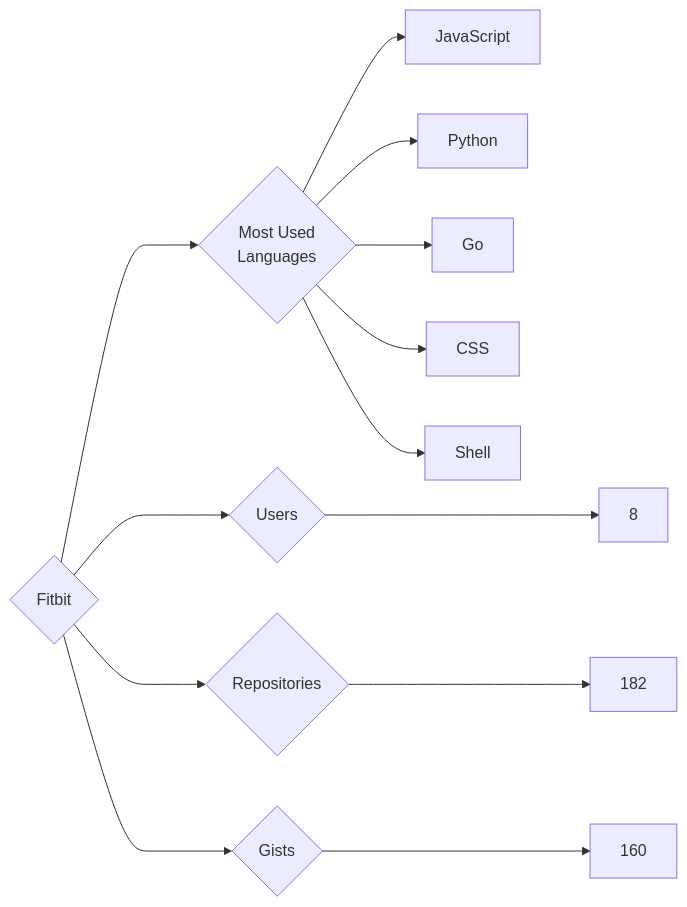
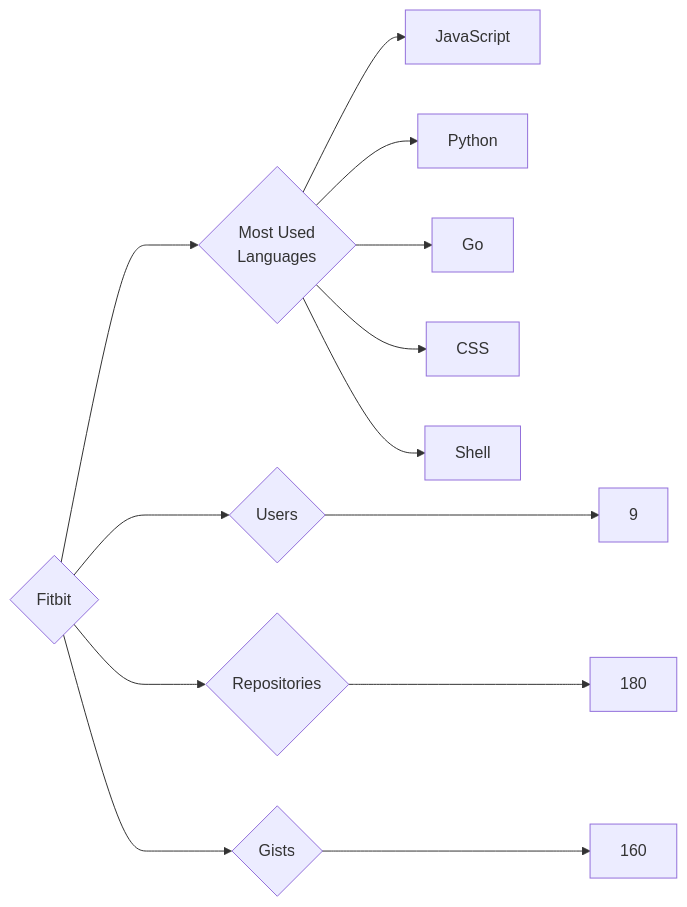
The diagram in targets/Fitbit/README.md (trickest/insiders), drawn with Mermaid before and after one commit. The commit also changed 916 other files, not shown here.

````diff
--- a/targets/Fitbit/README.md
+++ b/targets/Fitbit/README.md
@@ -3,13 +3,13 @@
 ```mermaid
 graph LR
 COMPANY_NAME{Fitbit}
-COMPANY_NAME ---> U{Users} ---> UN[8]
-COMPANY_NAME ---> R{Repositories} ---> RN[182]
+COMPANY_NAME ---> U{Users} ---> UN[9]
+COMPANY_NAME ---> R{Repositories} ---> RN[180]
 COMPANY_NAME ---> G{Gists} ---> GN[160]
 COMPANY_NAME ---> ML{Most Used<br>Languages}
 ML --> JavaScript[JavaScript]
 ML --> Python[Python]
 ML --> Go[Go]
 ML --> CSS[CSS]
 ML --> Shell[Shell]
 ```
````
